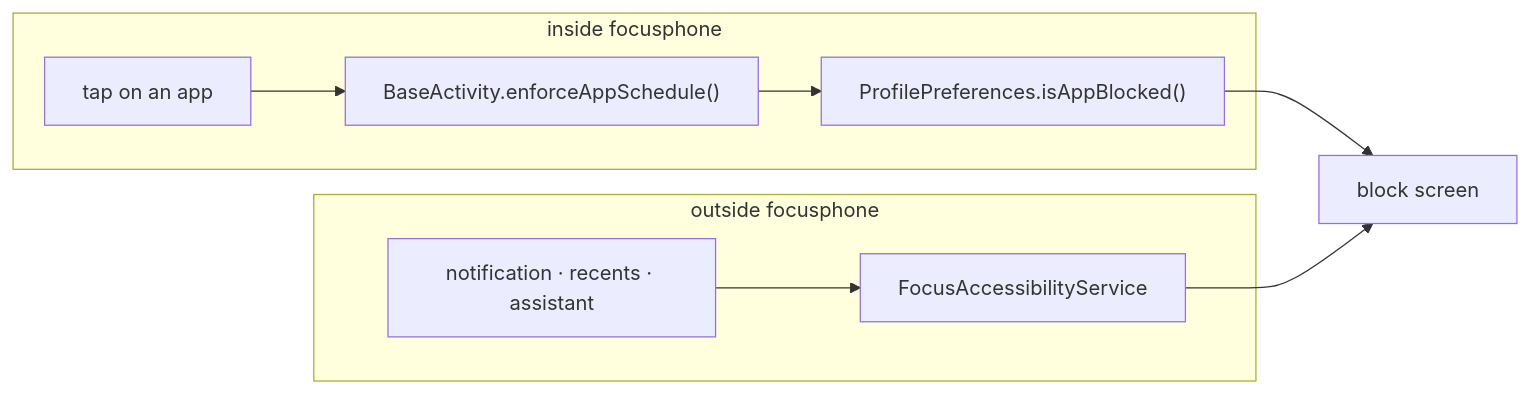
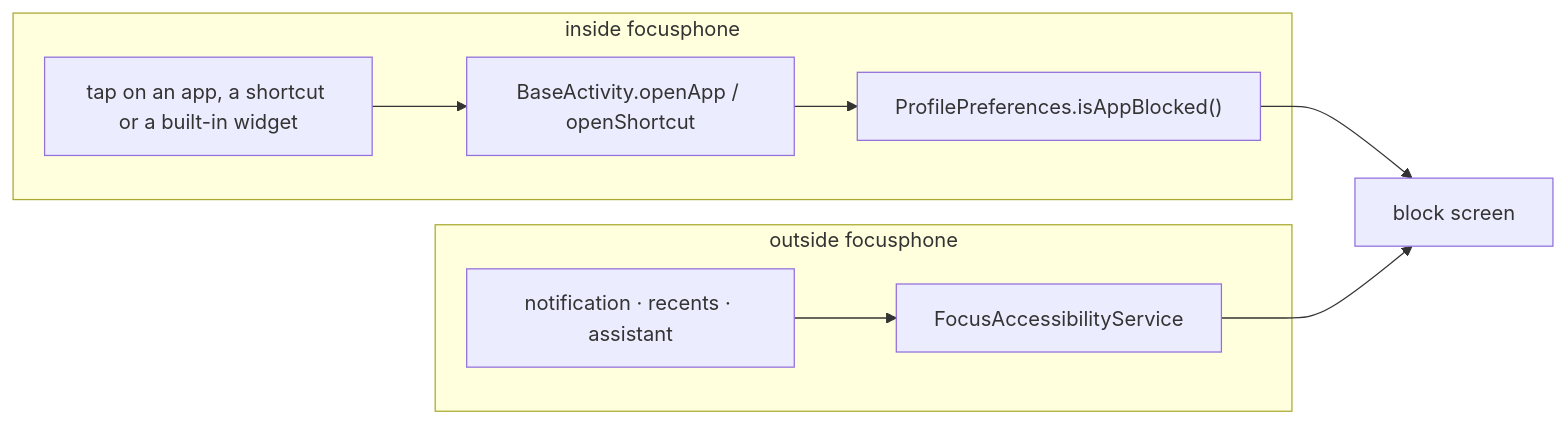
The second of 2 diagrams in documentation/en/developers/09-system-services.md (rezzt-dev/focusphone-app), drawn with Mermaid before and after one commit. The commit also changed other lines of this file and 42 other files, not shown here.

````diff
--- a/documentation/en/developers/09-system-services.md
+++ b/documentation/en/developers/09-system-services.md
@@ -196,12 +204,12 @@
 ```mermaid
 flowchart LR
     subgraph INSIDE["inside focusphone"]
-        A["tap on an app"] --> B["BaseActivity.enforceAppSchedule()"]
+        A["tap on an app, a shortcut or a built-in widget"] --> B["BaseActivity.openApp / openShortcut"]
         B --> C["ProfilePreferences.isAppBlocked()"]
     end
     subgraph OUTSIDE["outside focusphone"]
         D["notification · recents · assistant"] --> E["FocusAccessibilityService"]
     end
     C --> F["block screen"]
     E --> F
 ```
````
